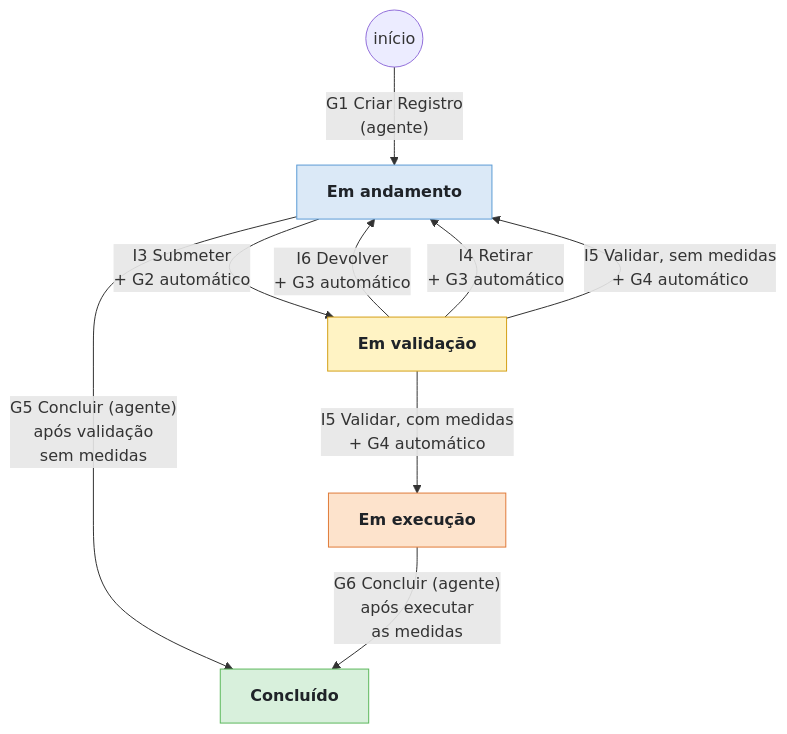
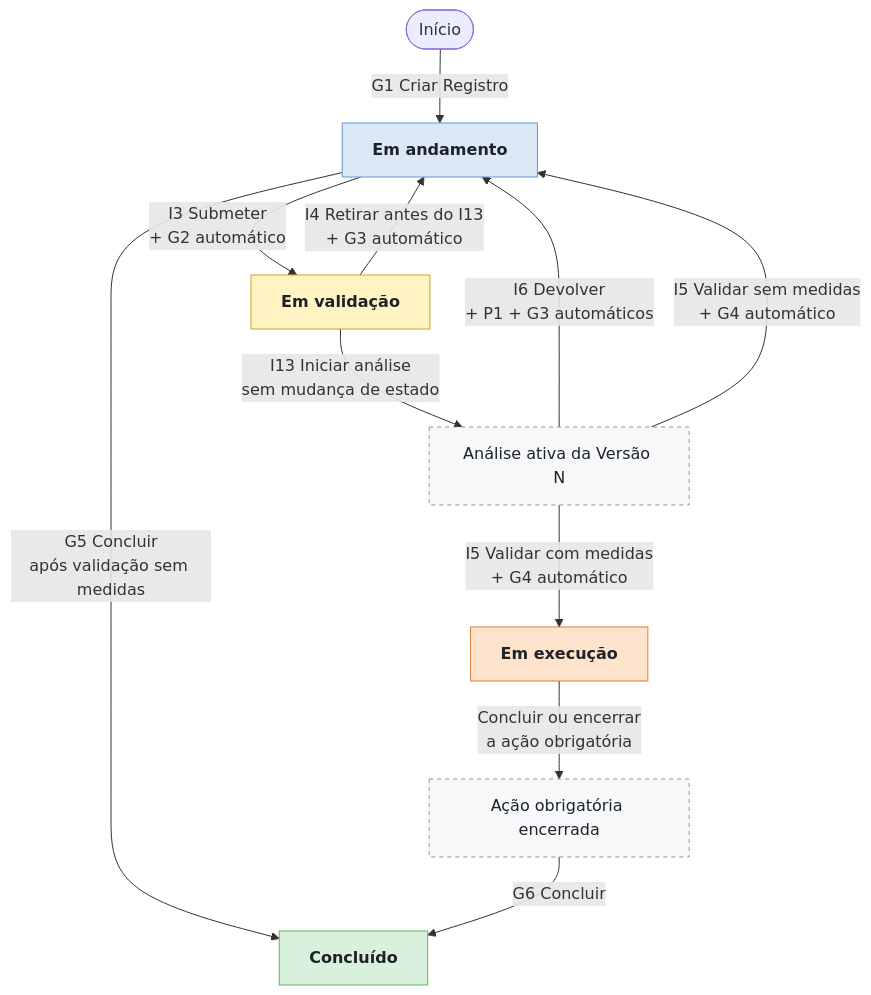
One commit to ailtonfv/governanca-lgpd-hortolandia changed the third of 9 diagrams in docs/arquitetura/MAPA_M1a.md. Above: the diagram before and after it, drawn with Mermaid. The commit also changed other lines of this file, not shown here.

````diff
--- a/docs/arquitetura/MAPA_M1a.md
+++ b/docs/arquitetura/MAPA_M1a.md
@@ -85,17 +187,24 @@
 ```mermaid
 flowchart TD
-    I(("início")) -- "G1 Criar Registro<br/>(agente)" --> A["Em andamento"]
+    INI([Início]) -- "G1 Criar Registro" --> A["Em andamento"]
     A -- "I3 Submeter<br/>+ G2 automático" --> V["Em validação"]
-    V -- "I6 Devolver<br/>+ G3 automático" --> A
-    V -- "I4 Retirar<br/>+ G3 automático" --> A
-    V -- "I5 Validar, sem medidas<br/>+ G4 automático" --> A
-    V -- "I5 Validar, com medidas<br/>+ G4 automático" --> X["Em execução"]
-    A -- "G5 Concluir (agente)<br/>após validação<br/>sem medidas" --> C["Concluído"]
-    X -- "G6 Concluir (agente)<br/>após executar<br/>as medidas" --> C
+
+    V -- "I4 Retirar antes do I13<br/>+ G3 automático" --> A
+    V -- "I13 Iniciar análise<br/>sem mudança de estado" --> AN["Análise ativa da Versão N"]
+    AN -- "I6 Devolver<br/>+ P1 + G3 automáticos" --> A
+    AN -- "I5 Validar sem medidas<br/>+ G4 automático" --> A
+    AN -- "I5 Validar com medidas<br/>+ G4 automático" --> X["Em execução"]
+
+    A -- "G5 Concluir<br/>após validação sem medidas" --> C["Concluído"]
+    X -- "Concluir ou encerrar<br/>a ação obrigatória" --> AC["Ação obrigatória encerrada"]
+    AC -- "G6 Concluir" --> C
+
     classDef estado color:#1f2328,font-weight:bold
     class A,V,X,C estado
     style A fill:#dbe9f7,stroke:#5b9bd5,color:#1f2328
     style V fill:#fff3c4,stroke:#d4a017,color:#1f2328
     style X fill:#fde3cc,stroke:#e07b39,color:#1f2328
     style C fill:#d8f0dc,stroke:#5cb85c,color:#1f2328
+    style AN fill:#f6f8fa,stroke:#8c959f,color:#1f2328,stroke-dasharray:4
+    style AC fill:#f6f8fa,stroke:#8c959f,color:#1f2328,stroke-dasharray:4
 ```
````
